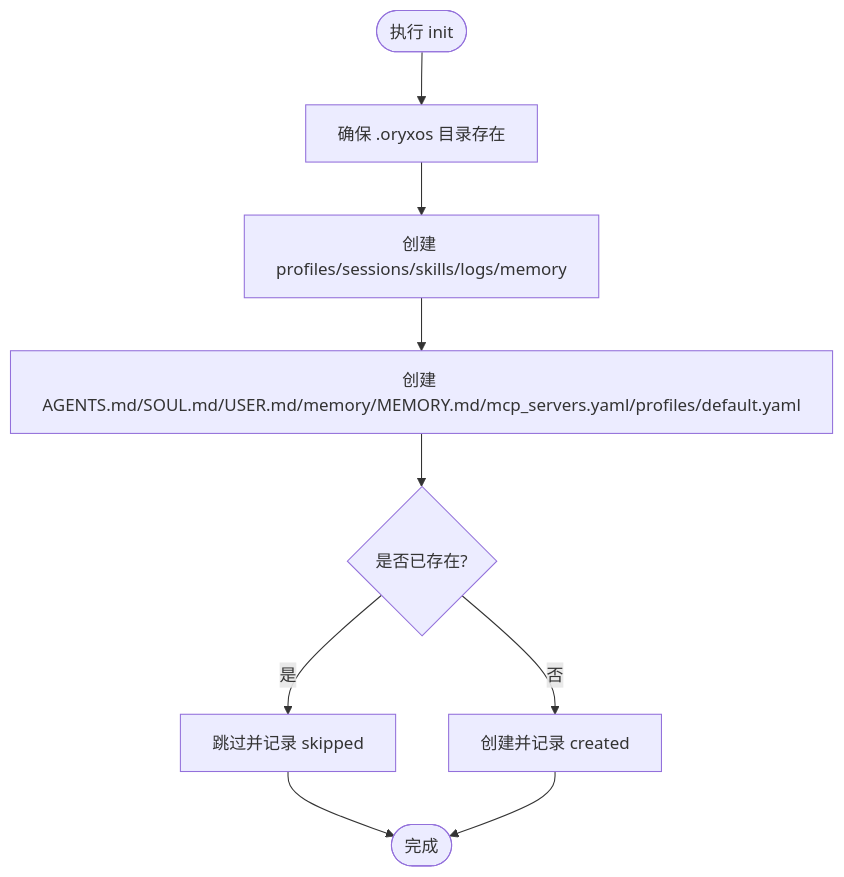
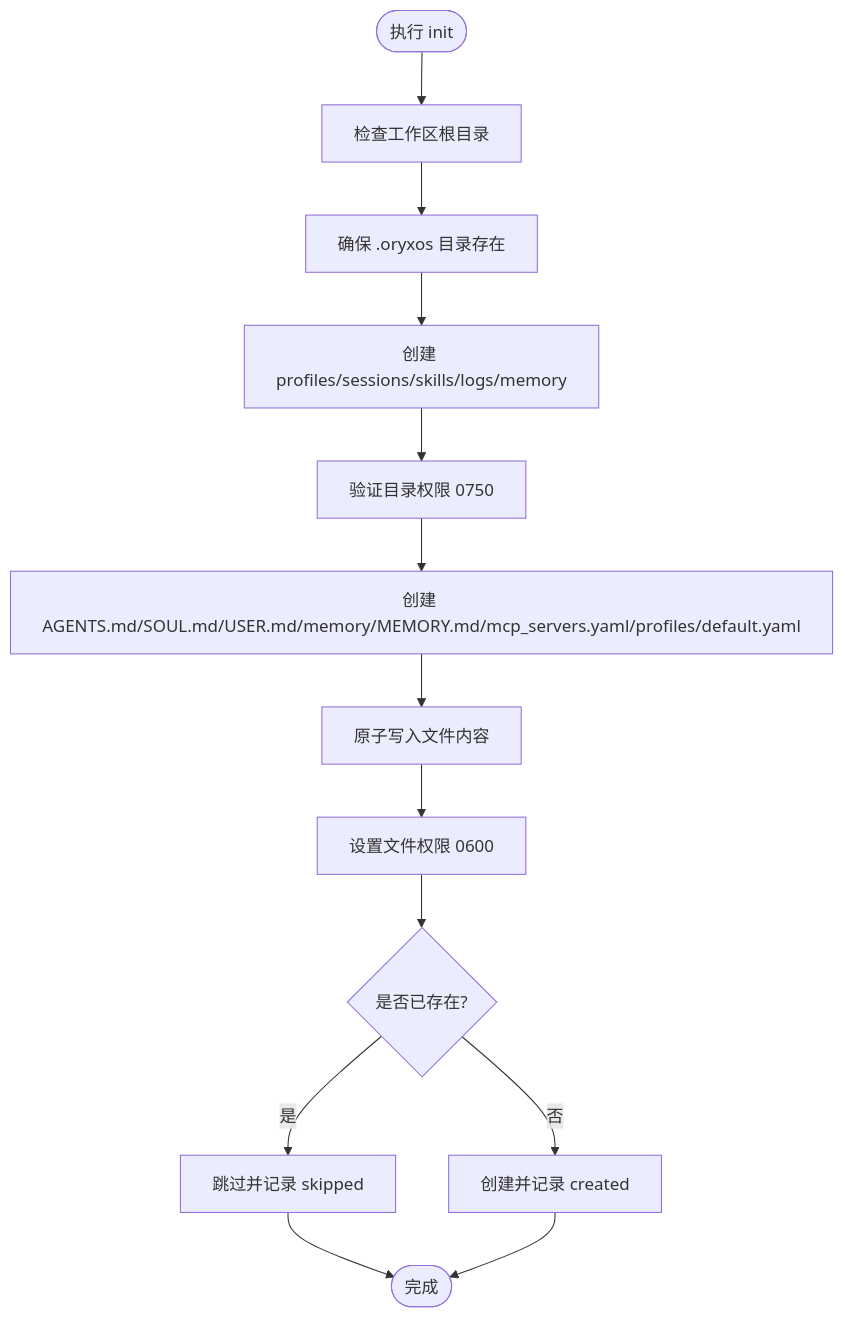
Before and after one commit to Karlsk/oryxos-go: the second of 4 diagrams in .qoder/repowiki/zh/content/配置与初始化.md, drawn with Mermaid. The commit also changed other lines of this file and 50 other files, not shown here.

````diff
--- a/.qoder/repowiki/zh/content/配置与初始化.md
+++ b/.qoder/repowiki/zh/content/配置与初始化.md
@@ -146,11 +162,15 @@
 ```mermaid
 flowchart TD
-Start(["执行 init"]) --> EnsureRoot["确保 .oryxos 目录存在"]
+Start(["执行 init"]) --> CheckRoot["检查工作区根目录"]
+CheckRoot --> EnsureRoot["确保 .oryxos 目录存在"]
 EnsureRoot --> CreateDirs["创建 profiles/sessions/skills/logs/memory"]
-CreateDirs --> CreateFiles["创建 AGENTS.md/SOUL.md/USER.md/memory/MEMORY.md/mcp_servers.yaml/profiles/default.yaml"]
-CreateFiles --> CheckExists{"是否已存在?"}
+CreateDirs --> ValidatePerms["验证目录权限 0750"]
+ValidatePerms --> CreateFiles["创建 AGENTS.md/SOUL.md/USER.md/memory/MEMORY.md/mcp_servers.yaml/profiles/default.yaml"]
+CreateFiles --> AtomicWrite["原子写入文件内容"]
+AtomicWrite --> SetPerms["设置文件权限 0600"]
+SetPerms --> CheckExists{"是否已存在?"}
 CheckExists --> |是| Skip["跳过并记录 skipped"]
 CheckExists --> |否| Created["创建并记录 created"]
 Skip --> End(["完成"])
 Created --> End
 ```
````
